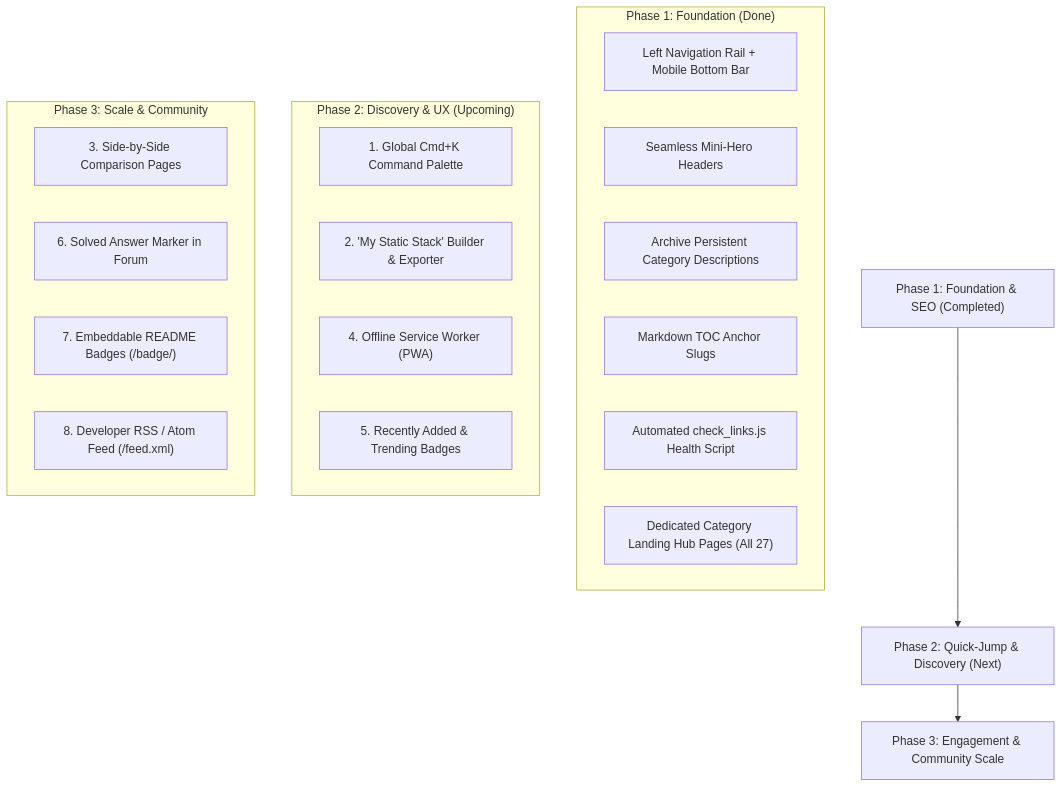
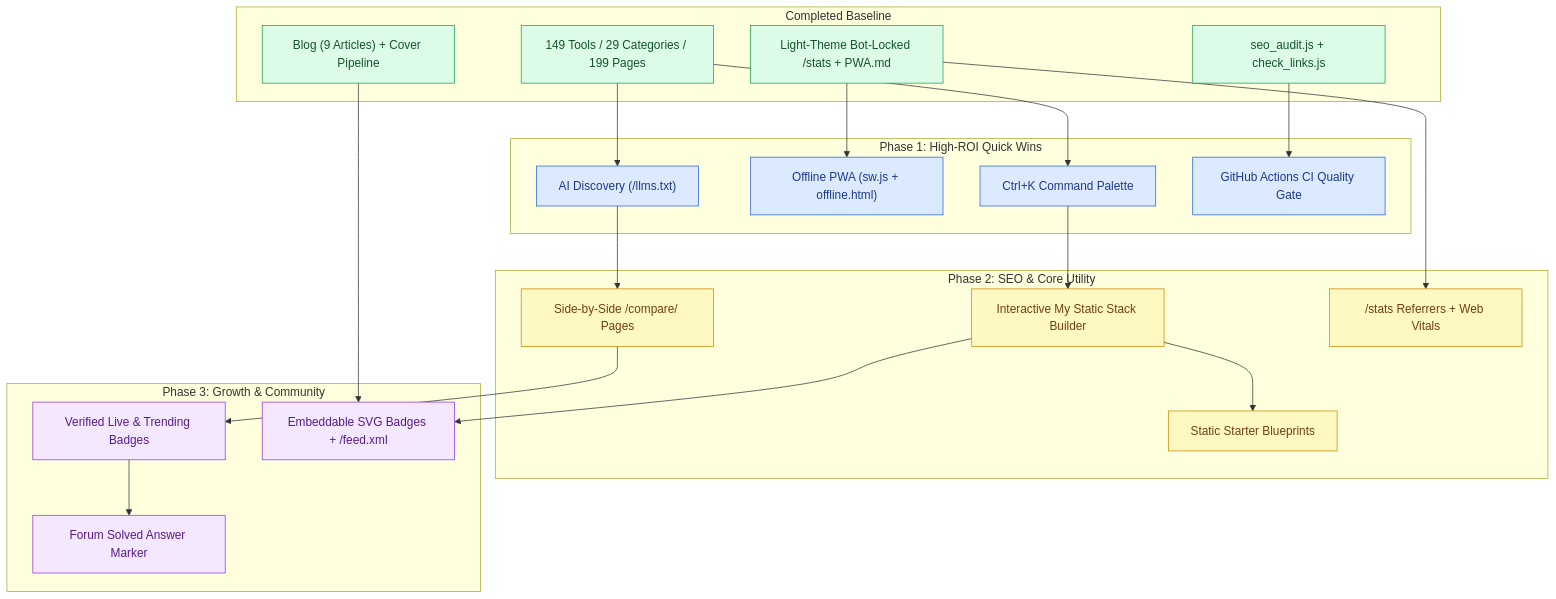
One commit to E6WeB/htmlstatic changed the diagram in suggest.md. Above: the diagram before and after it, drawn with Mermaid. The commit also changed other lines of this file and 10 other files, not shown here.

````diff
--- a/suggest.md
+++ b/suggest.md
@@ -206,28 +117,47 @@
 ```mermaid
 flowchart TD
-    A["Phase 1: Foundation & SEO (Completed)"] --> B["Phase 2: Quick-Jump & Discovery (Next)"]
-    B --> C["Phase 3: Engagement & Community Scale"]
+    classDef done fill:#dcfce7,stroke:#16a34a,color:#14532d
+    classDef phase1 fill:#dbeafe,stroke:#2563eb,color:#1e3a8a
+    classDef phase2 fill:#fef9c3,stroke:#ca8a04,color:#713f12
+    classDef phase3 fill:#f3e8ff,stroke:#9333ea,color:#581c87
 
-    subgraph "Phase 1: Foundation (Done)"
-    A1["Left Navigation Rail + Mobile Bottom Bar"]
-    A2["Seamless Mini-Hero Headers"]
-    A3["Archive Persistent Category Descriptions"]
-    A4["Markdown TOC Anchor Slugs"]
-    A5["Automated check_links.js Health Script"]
-    A6["Dedicated Category Landing Hub Pages (All 27)"]
+    subgraph "Completed Baseline"
+        D1["149 Tools / 29 Categories / 199 Pages"]:::done
+        D2["Blog (9 Articles) + Cover Pipeline"]:::done
+        D3["seo_audit.js + check_links.js"]:::done
+        D4["Light-Theme Bot-Locked /stats + PWA.md"]:::done
     end
 
-    subgraph "Phase 2: Discovery & UX (Upcoming)"
-    B1["1. Global Cmd+K Command Palette"]
-    B2["2. 'My Static Stack' Builder & Exporter"]
-    B3["4. Offline Service Worker (PWA)"]
-    B4["5. Recently Added & Trending Badges"]
+    subgraph "Phase 1: High-ROI Quick Wins"
+        P1A["Ctrl+K Command Palette"]:::phase1
+        P1B["Offline PWA (sw.js + offline.html)"]:::phase1
+        P1C["AI Discovery (/llms.txt)"]:::phase1
+        P1D["GitHub Actions CI Quality Gate"]:::phase1
     end
 
-    subgraph "Phase 3: Scale & Community"
-    C1["3. Side-by-Side Comparison Pages"]
-    C2["6. Solved Answer Marker in Forum"]
-    C3["7. Embeddable README Badges (/badge/)"]
-    C4["8. Developer RSS / Atom Feed (/feed.xml)"]
+    subgraph "Phase 2: SEO & Core Utility"
+        P2A["Side-by-Side /compare/ Pages"]:::phase2
+        P2B["Interactive My Static Stack Builder"]:::phase2
+        P2C["Static Starter Blueprints"]:::phase2
+        P2D["/stats Referrers + Web Vitals"]:::phase2
     end
+
+    subgraph "Phase 3: Growth & Community"
+        P3A["Verified Live & Trending Badges"]:::phase3
+        P3B["Embeddable SVG Badges + /feed.xml"]:::phase3
+        P3C["Forum Solved Answer Marker"]:::phase3
+    end
+
+    D1 --> P1A
+    D4 --> P1B
+    D1 --> P1C
+    D3 --> P1D
+    P1A --> P2B
+    P1C --> P2A
+    P2B --> P2C
+    D4 --> P2D
+    P2A --> P3A
+    P2B --> P3B
+    D2 --> P3B
+    P3A --> P3C
 ```
````
